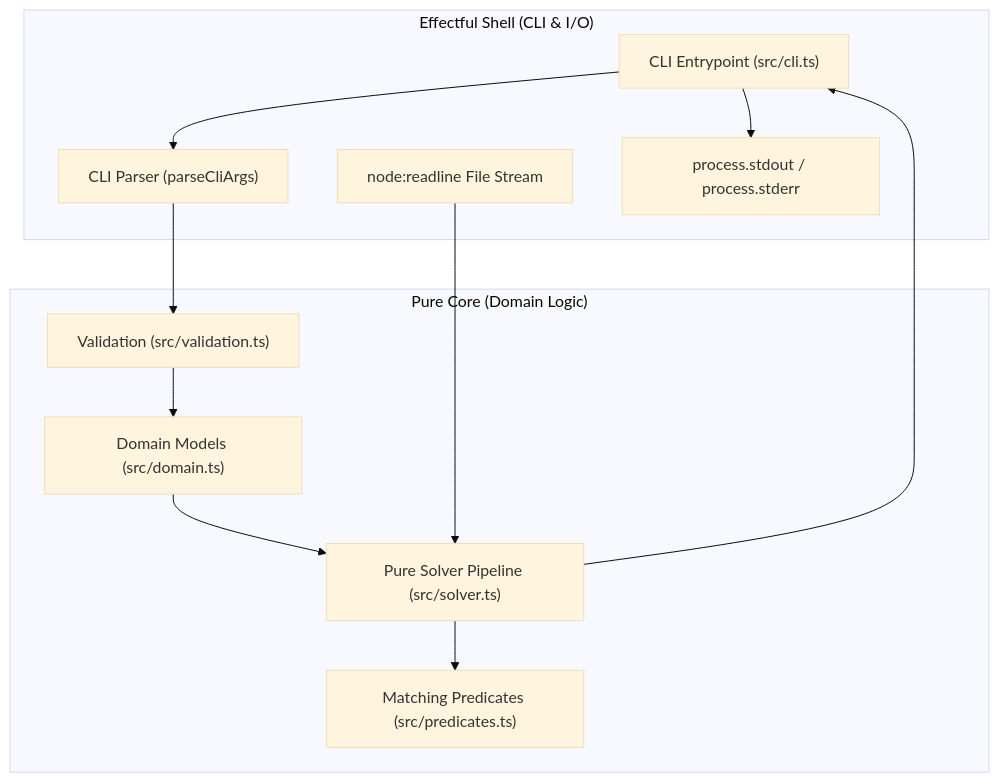
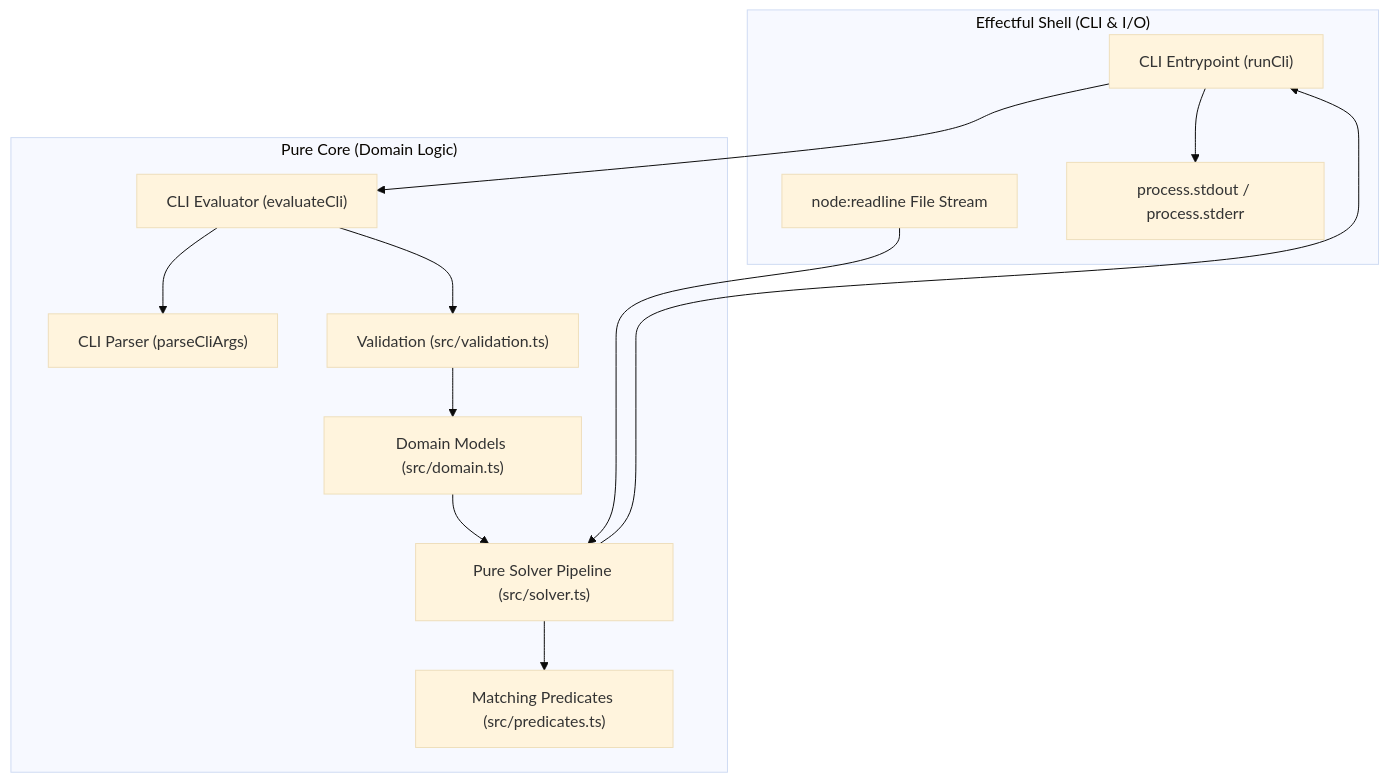
Before and after one commit to frankhjung/typescript-wordpuzzle: the diagram in docs/REQ-001-wordpuzzle-specification.md, drawn with Mermaid (base theme). The commit also changed other lines of this file and 5 other files, not shown here.

Commit message:
feat: introduce pure CLI action evaluator and update architecture documentation

````diff
--- a/docs/REQ-001-wordpuzzle-specification.md
+++ b/docs/REQ-001-wordpuzzle-specification.md
@@ -134,25 +134,27 @@
 ```mermaid
 flowchart TD
     subgraph "Effectful Shell (CLI & I/O)"
-        CLI["CLI Entrypoint (src/cli.ts)"]
-        PARSE["CLI Parser (parseCliArgs)"]
+        CLI["CLI Entrypoint (runCli)"]
         FS["node:readline File Stream"]
         OUT["process.stdout / process.stderr"]
     end
 
     subgraph "Pure Core (Domain Logic)"
+        EVAL["CLI Evaluator (evaluateCli)"]
+        PARSE["CLI Parser (parseCliArgs)"]
         VAL["Validation (src/validation.ts)"]
         DOM["Domain Models (src/domain.ts)"]
         PRED["Matching Predicates (src/predicates.ts)"]
         SOLV["Pure Solver Pipeline (src/solver.ts)"]
     end
 
-    CLI --> PARSE
-    PARSE --> VAL
+    CLI --> EVAL
+    EVAL --> PARSE
+    EVAL --> VAL
     VAL --> DOM
     DOM --> SOLV
     SOLV --> PRED
     FS --> SOLV
     SOLV --> CLI
     CLI --> OUT
 ```
````
